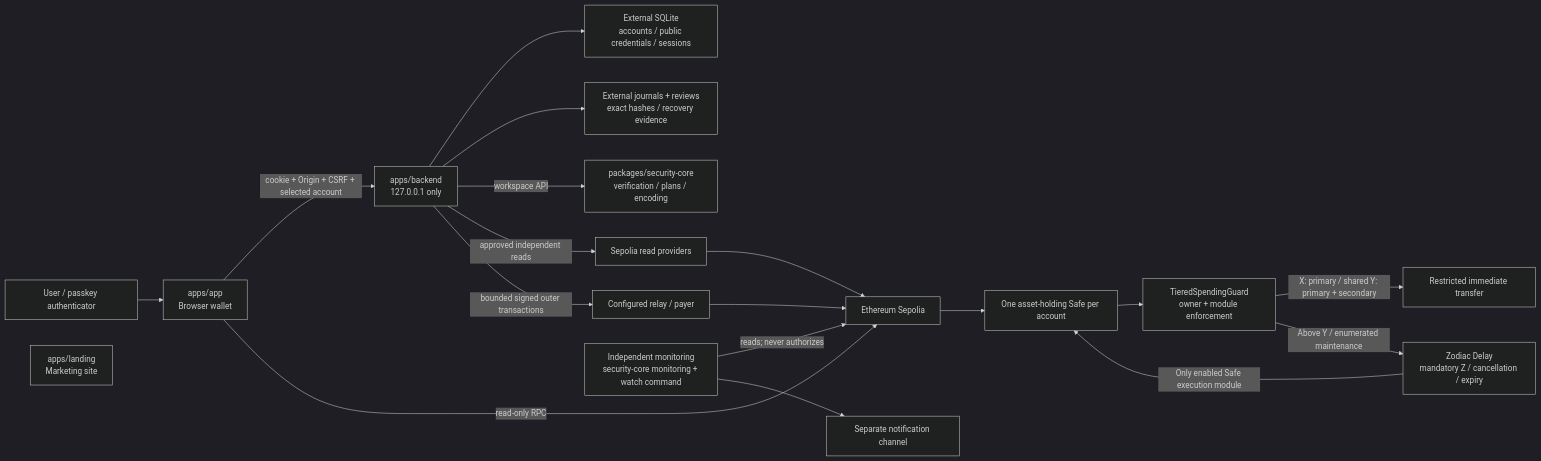
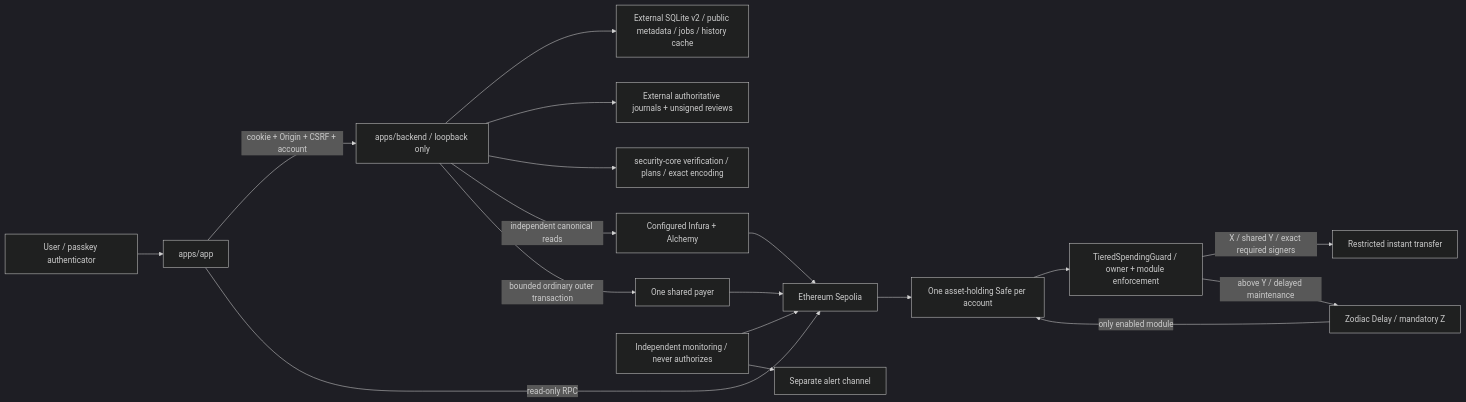
The first of 2 diagrams in docs/codebase-map.md (vibern0/tiered-spending-guard), drawn with Mermaid (dark theme) before and after one commit. The commit also changed other lines of this file and 121 other files, not shown here.

````diff
--- a/docs/codebase-map.md
+++ b/docs/codebase-map.md
@@ -26,21 +25,20 @@
 ```mermaid
 flowchart LR
-    User["User / passkey authenticator"] --> Wallet["apps/app\nBrowser wallet"]
-    Landing["apps/landing\nMarketing site"]
-    Wallet -->|"cookie + Origin + CSRF + selected account"| API["apps/backend\n127.0.0.1 only"]
+    User["User / passkey authenticator"] --> Wallet["apps/app"]
+    Wallet -->|"cookie + Origin + CSRF + account"| API["apps/backend / loopback only"]
     Wallet -->|"read-only RPC"| Chain["Ethereum Sepolia"]
-    API --> Accounts["External SQLite\naccounts / public credentials / sessions"]
-    API --> Evidence["External journals + reviews\nexact hashes / recovery evidence"]
-    API -->|"workspace API"| Core["packages/security-core\nverification / plans / encoding"]
-    API -->|"approved independent reads"| RPC["Sepolia read providers"]
-    API -->|"bounded signed outer transactions"| Relay["Configured relay / payer"]
-    Relay --> Chain
-    RPC --> Chain
+    API --> Store["External SQLite v2 / public metadata / jobs / history cache"]
+    API --> Evidence["External authoritative journals + unsigned reviews"]
+    API --> Core["security-core verification / plans / exact encoding"]
+    API -->|"independent canonical reads"| Readers["Configured Infura + Alchemy"]
+    API -->|"bounded ordinary outer transaction"| Payer["One shared payer"]
+    Readers --> Chain
+    Payer --> Chain
     Chain --> Safe["One asset-holding Safe per account"]
-    Safe --> Guard["TieredSpendingGuard\nowner + module enforcement"]
-    Guard -->|"X: primary / shared Y: primary + secondary"| Transfer["Restricted immediate transfer"]
-    Guard -->|"Above Y / enumerated maintenance"| Delay["Zodiac Delay\nmandatory Z / cancellation / expiry"]
-    Delay -->|"Only enabled Safe execution module"| Safe
-    Watcher["Independent monitoring\nsecurity-core monitoring + watch command"] -->|"reads; never authorizes"| Chain
-    Watcher --> Alerts["Separate notification channel"]
+    Safe --> Guard["TieredSpendingGuard / owner + module enforcement"]
+    Guard -->|"X / shared Y / exact required signers"| Transfer["Restricted instant transfer"]
+    Guard -->|"above Y / delayed maintenance"| Delay["Zodiac Delay / mandatory Z"]
+    Delay -->|"only enabled module"| Safe
+    Monitor["Independent monitoring / never authorizes"] --> Chain
+    Monitor --> Alerts["Separate alert channel"]
 ```
````
